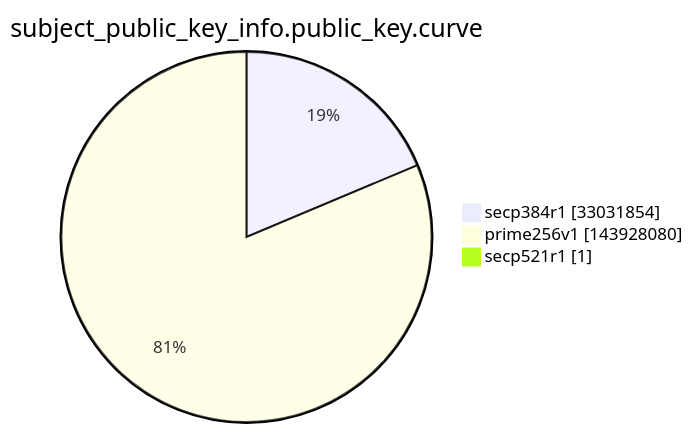
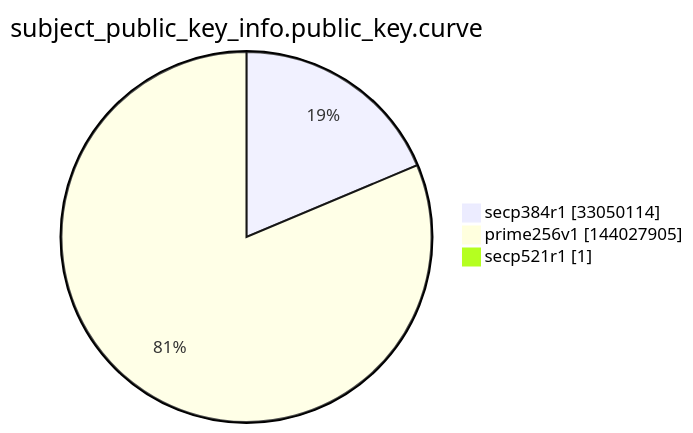
Before and after one commit to christiankrug/ctmonitor_visualization: the ninth of 15 diagrams in argon2022/README.md, drawn with Mermaid. The commit also changed other lines of this file, not shown here.

````diff
--- a/argon2022/README.md
+++ b/argon2022/README.md
@@ -2764,7 +2764,7 @@
 ```mermaid
 pie showData
 title subject_public_key_info.public_key.curve
-"secp384r1" :33031854
-"prime256v1" :143928080
+"secp384r1" :33050114
+"prime256v1" :144027905
 "secp521r1" :1
 ```
````
